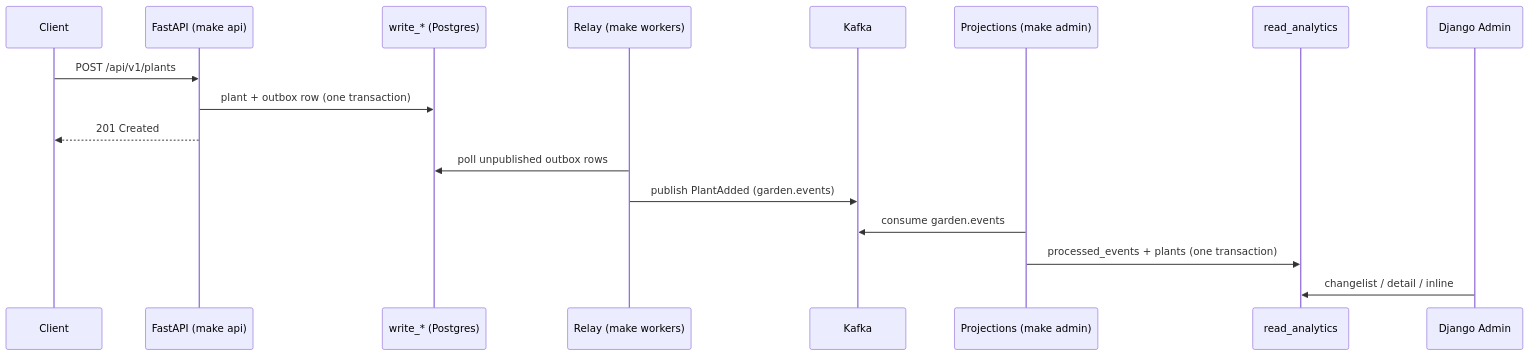
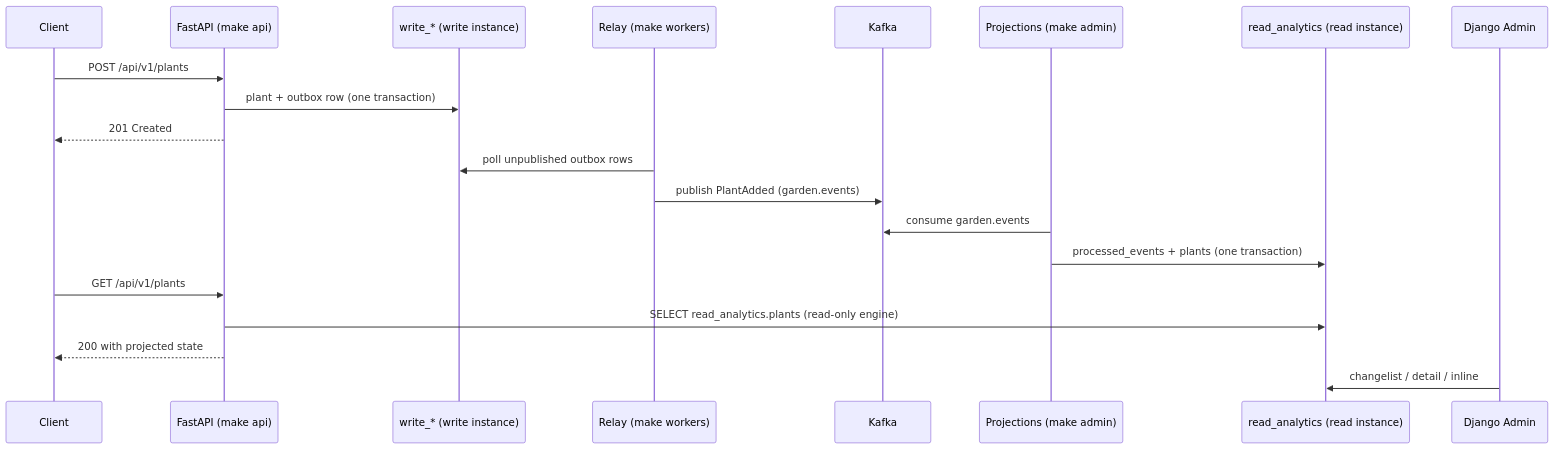
One commit to DisMosGit/plantkeeper changed the diagram in docs/cqrs.md. Above: the diagram before and after it, drawn with Mermaid. The commit also changed other lines of this file and 14 other files, not shown here.

Commit message:
docs: describe the two-database topology, the query split and the new flows

````diff
--- a/docs/cqrs.md
+++ b/docs/cqrs.md
@@ -34,20 +47,23 @@
 ```mermaid
 sequenceDiagram
     participant C as Client
     participant API as FastAPI (make api)
-    participant DB as write_* (Postgres)
+    participant DB as write_* (write instance)
     participant W as Relay (make workers)
     participant K as Kafka
     participant A as Projections (make admin)
-    participant R as read_analytics
+    participant R as read_analytics (read instance)
     participant Adm as Django Admin
 
     C->>API: POST /api/v1/plants
     API->>DB: plant + outbox row (one transaction)
     API-->>C: 201 Created
     W->>DB: poll unpublished outbox rows
     W->>K: publish PlantAdded (garden.events)
     A->>K: consume garden.events
     A->>R: processed_events + plants (one transaction)
+    C->>API: GET /api/v1/plants
+    API->>R: SELECT read_analytics.plants (read-only engine)
+    API-->>C: 200 with projected state
     Adm->>R: changelist / detail / inline
 ```
````
